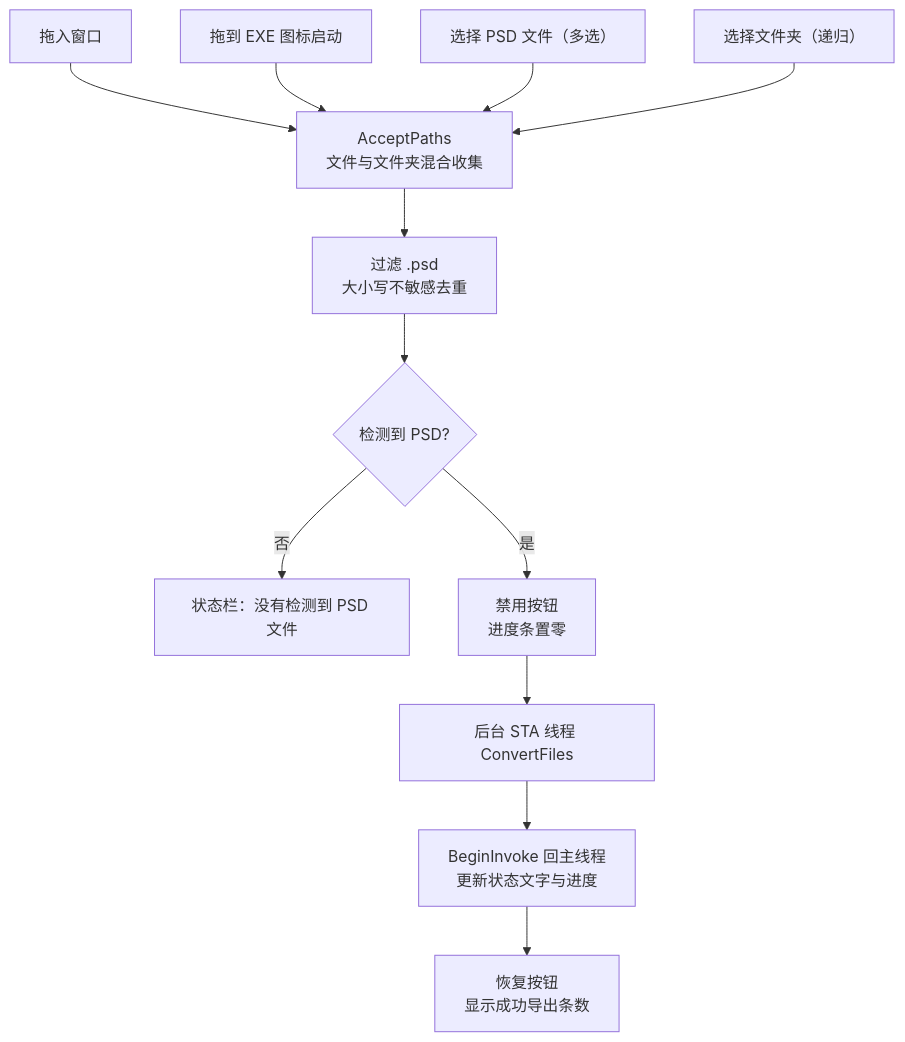
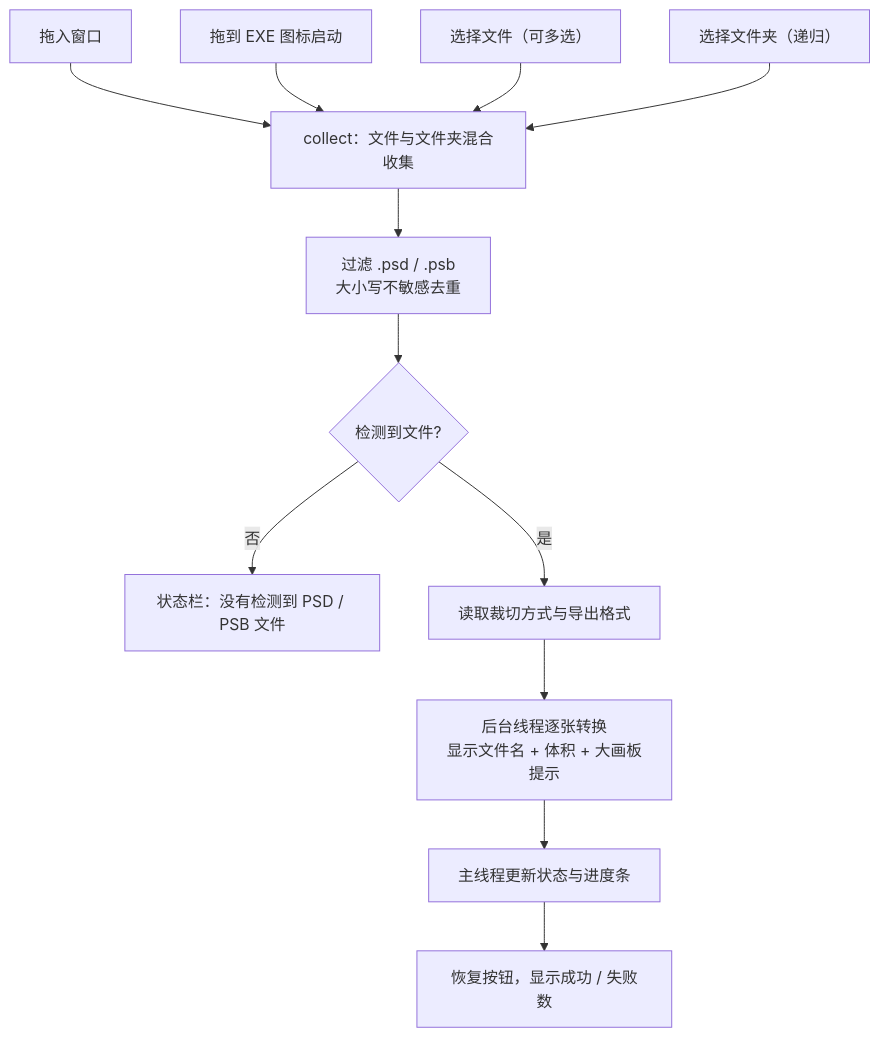
One commit to 1187574340yangping-hash/KeyShot-PSD-to-PNG changed the second of 4 diagrams in README.md. Above: the diagram before and after it, drawn with Mermaid. The commit also changed other lines of this file and 6 other files, not shown here.

````diff
--- a/README.md
+++ b/README.md
@@ -66,14 +77,14 @@
 ```mermaid
 flowchart TD
     S1["拖入窗口"] --> C
     S2["拖到 EXE 图标启动"] --> C
-    S3["选择 PSD 文件（多选）"] --> C
+    S3["选择文件（可多选）"] --> C
     S4["选择文件夹（递归）"] --> C
-    C["AcceptPaths<br/>文件与文件夹混合收集"] --> D["过滤 .psd<br/>大小写不敏感去重"]
-    D --> E{"检测到 PSD?"}
-    E -- 否 --> F["状态栏：没有检测到 PSD 文件"]
-    E -- 是 --> G["禁用按钮<br/>进度条置零"]
-    G --> H["后台 STA 线程 ConvertFiles"]
-    H --> I["BeginInvoke 回主线程<br/>更新状态文字与进度"]
-    I --> J["恢复按钮<br/>显示成功导出条数"]
+    C["collect：文件与文件夹混合收集"] --> D["过滤 .psd / .psb<br/>大小写不敏感去重"]
+    D --> E{"检测到文件?"}
+    E -- 否 --> F["状态栏：没有检测到 PSD / PSB 文件"]
+    E -- 是 --> G["读取裁切方式与导出格式"]
+    G --> H["后台线程逐张转换<br/>显示文件名 + 体积 + 大画板提示"]
+    H --> I["主线程更新状态与进度条"]
+    I --> J["恢复按钮，显示成功 / 失败数"]
 ```
````
